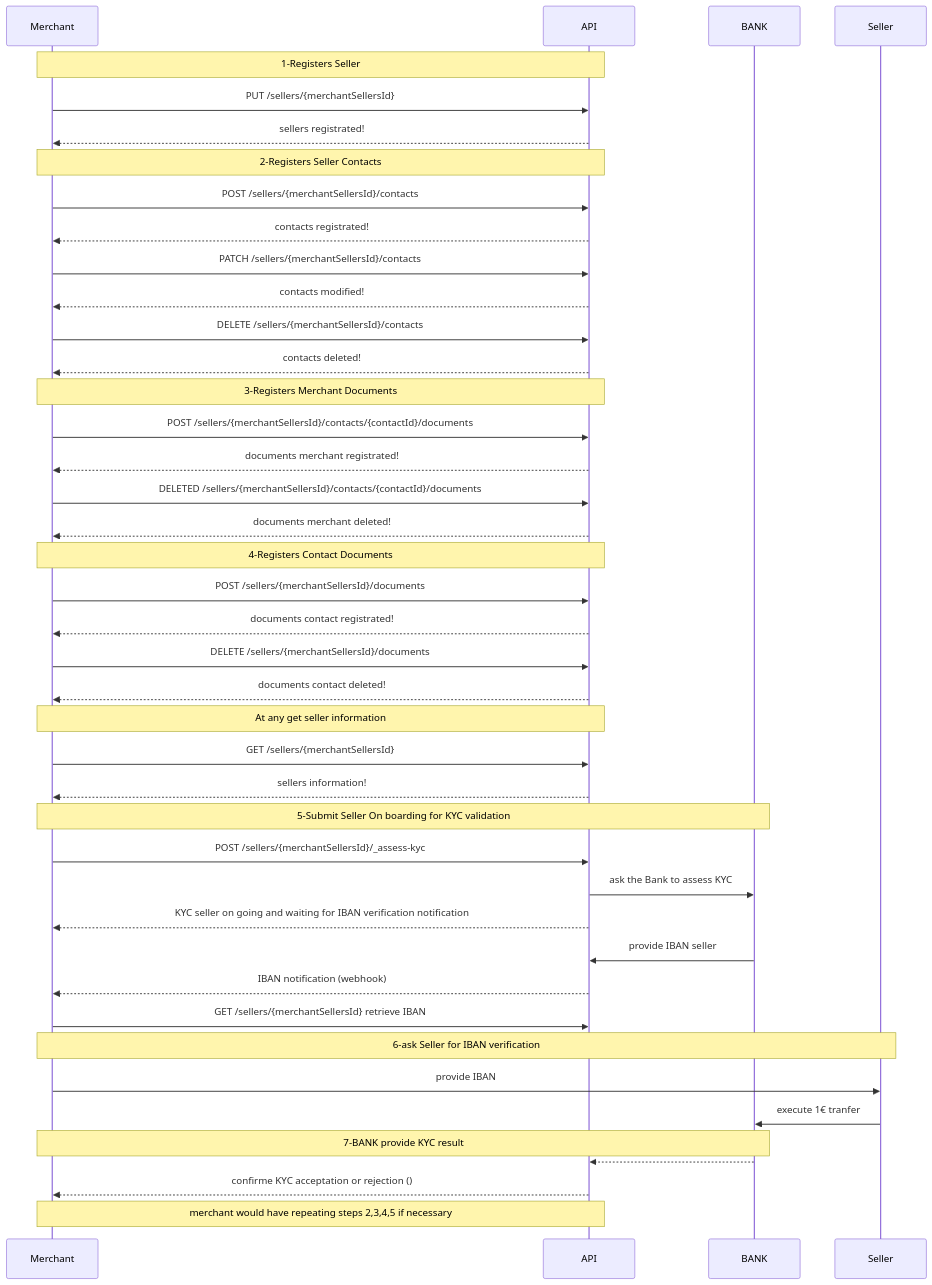
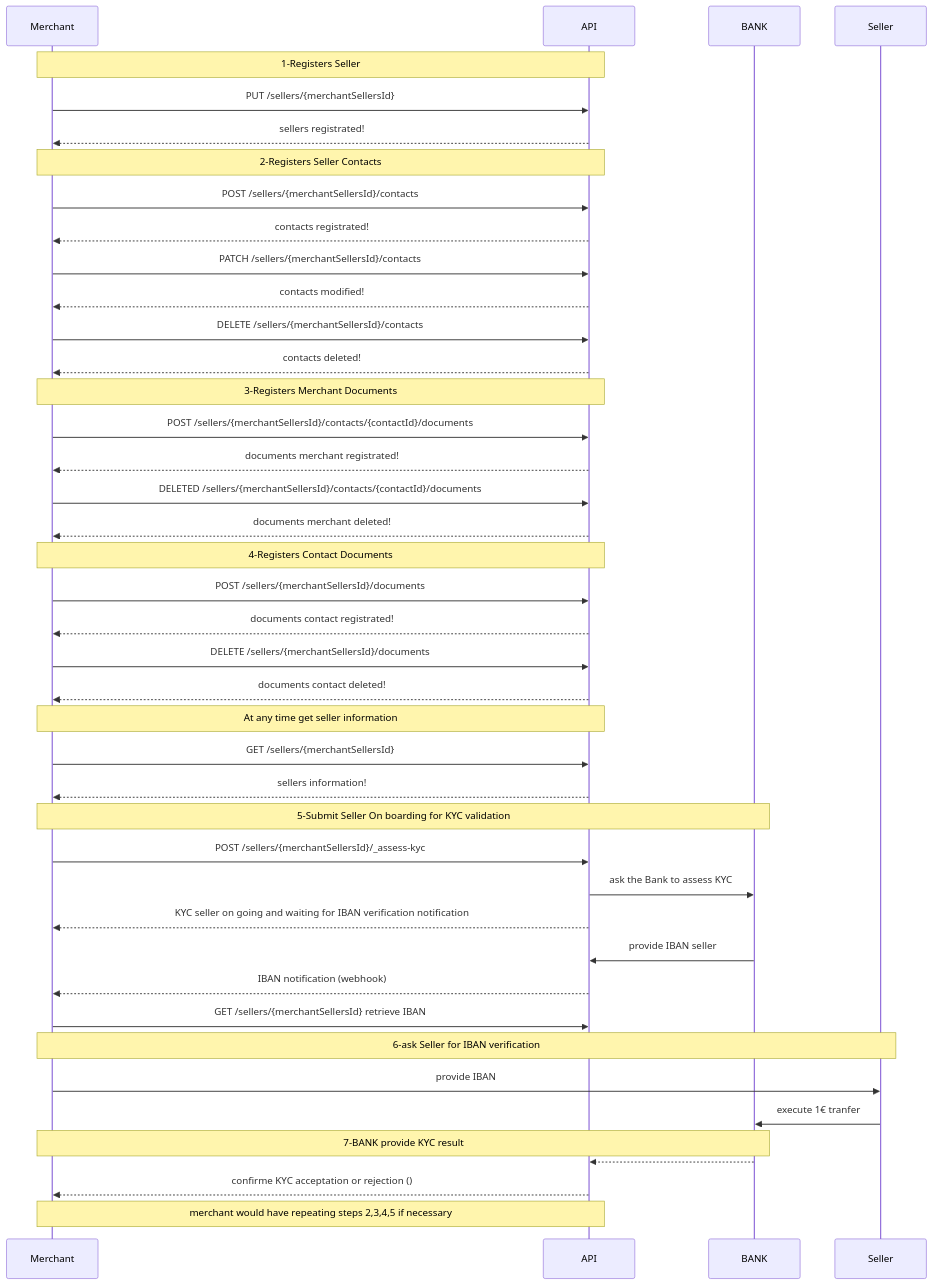
The first of 2 diagrams in api-reference/marketplace-services-api/uat-api-for-partners.md (scalexpert/documentation), drawn with Mermaid before and after one commit.

Commit message:
GITBOOK-699: No subject

````diff
--- a/api-reference/marketplace-services-api/uat-api-for-partners.md
+++ b/api-reference/marketplace-services-api/uat-api-for-partners.md
@@ -23,48 +23,48 @@
 ```mermaid
 sequenceDiagram
 note over Merchant,API: 1-Registers Seller
 Merchant->>API: PUT #47;sellers#47;{merchantSellersId}
 API-->> Merchant: sellers registrated!
 
 note over Merchant,API: 2-Registers Seller Contacts
 Merchant->>API: POST #47;sellers#47;{merchantSellersId}#47;contacts
 API-->> Merchant: contacts registrated!
 Merchant->>API: PATCH #47;sellers#47;{merchantSellersId}#47;contacts
 API-->> Merchant: contacts modified!
 Merchant->>API: DELETE #47;sellers#47;{merchantSellersId}#47;contacts
 API-->> Merchant: contacts deleted!
 
 note over Merchant,API: 3-Registers Merchant Documents
 Merchant->>API: POST #47;sellers#47;{merchantSellersId}#47;contacts#47;{contactId}#47;documents
 API-->> Merchant: documents merchant registrated!
 Merchant->>API: DELETED #47;sellers#47;{merchantSellersId}#47;contacts#47;{contactId}#47;documents
 API-->> Merchant: documents merchant deleted!
 
 note over Merchant,API: 4-Registers Contact Documents
 Merchant->>API: POST #47;sellers#47;{merchantSellersId}#47;documents
 API-->> Merchant: documents contact registrated!
 Merchant->>API: DELETE #47;sellers#47;{merchantSellersId}#47;documents
 API-->> Merchant: documents contact deleted!
 
-note over Merchant,API: At any get seller information
+note over Merchant,API: At any time get seller information
 Merchant->>API: GET #47;sellers#47;{merchantSellersId}
 API-->> Merchant: sellers information!
 
 note over Merchant,BANK: 5-Submit Seller On boarding for KYC validation
 Merchant->>API: POST #47;sellers#47;{merchantSellersId}#47;_assess-kyc
 API->>BANK: ask the Bank to assess KYC
 API-->> Merchant: KYC seller on going and waiting for IBAN verification notification
 BANK->> API: provide IBAN seller
 API-->> Merchant: IBAN notification (webhook)
 Merchant->>API: GET #47;sellers#47;{merchantSellersId} retrieve IBAN
 note over Merchant,Seller: 6-ask Seller for IBAN verification
 Merchant->>Seller: provide IBAN
 Seller->>BANK: execute 1€ tranfer 
 
 note over Merchant,BANK: 7-BANK provide KYC result
 BANK-->>API: 
 API-->>Merchant: confirme KYC acceptation or rejection () 
 
 note over Merchant,API: merchant would have repeating steps 2,3,4,5 if necessary
 
 ```
````
